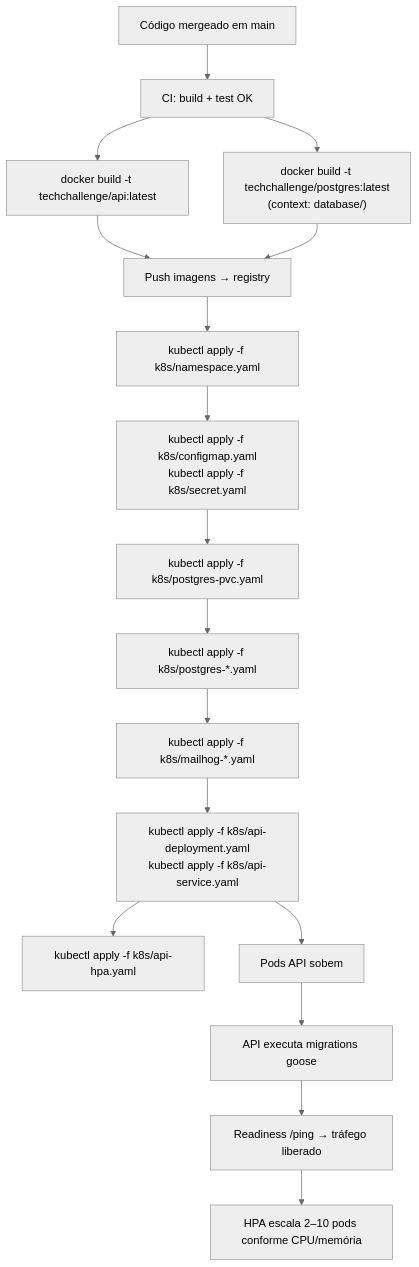
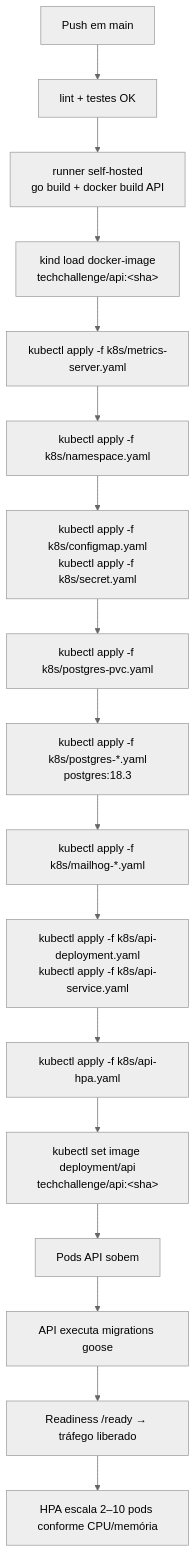
The sixth of 7 diagrams in README.md (SOAT-15-Oficina/15soat-tech-challenge), drawn with Mermaid (neutral theme) before and after one commit. The commit also changed other lines of this file, not shown here.

Commit message:
docs: update real architecture documentation

````diff
--- a/README.md
+++ b/README.md
@@ -183,21 +232,20 @@
 ```mermaid
 flowchart TD
-    START["Código mergeado em main"] --> CI["CI: build + test OK"]
-    CI --> IMG1["docker build -t techchallenge/api:latest"]
-    CI --> IMG2["docker build -t techchallenge/postgres:latest<br/>(context: database/)"]
-    IMG1 --> PUSH["Push imagens → registry"]
-    IMG2 --> PUSH
-
-    PUSH --> K1["kubectl apply -f k8s/namespace.yaml"]
+    START["Push em main"] --> CI["lint + testes OK"]
+    CI --> BUILD["runner self-hosted<br/>go build + docker build API"]
+    BUILD --> LOAD["kind load docker-image<br/>techchallenge/api:&lt;sha&gt;"]
+    LOAD --> K0["kubectl apply -f k8s/metrics-server.yaml"]
+    K0 --> K1["kubectl apply -f k8s/namespace.yaml"]
     K1 --> K2["kubectl apply -f k8s/configmap.yaml<br/>kubectl apply -f k8s/secret.yaml"]
     K2 --> K3["kubectl apply -f k8s/postgres-pvc.yaml"]
-    K3 --> K4["kubectl apply -f k8s/postgres-*.yaml"]
+    K3 --> K4["kubectl apply -f k8s/postgres-*.yaml<br/>postgres:18.3"]
     K4 --> K5["kubectl apply -f k8s/mailhog-*.yaml"]
     K5 --> K6["kubectl apply -f k8s/api-deployment.yaml<br/>kubectl apply -f k8s/api-service.yaml"]
     K6 --> K7["kubectl apply -f k8s/api-hpa.yaml"]
+    K7 --> K8["kubectl set image deployment/api<br/>techchallenge/api:&lt;sha&gt;"]
 
-    K6 --> BOOT["Pods API sobem"]
+    K8 --> BOOT["Pods API sobem"]
     BOOT --> MIG["API executa migrations goose"]
-    MIG --> READY["Readiness /ping → tráfego liberado"]
+    MIG --> READY["Readiness /ready → tráfego liberado"]
     READY --> SCALE["HPA escala 2–10 pods conforme CPU/memória"]
 ```
````
